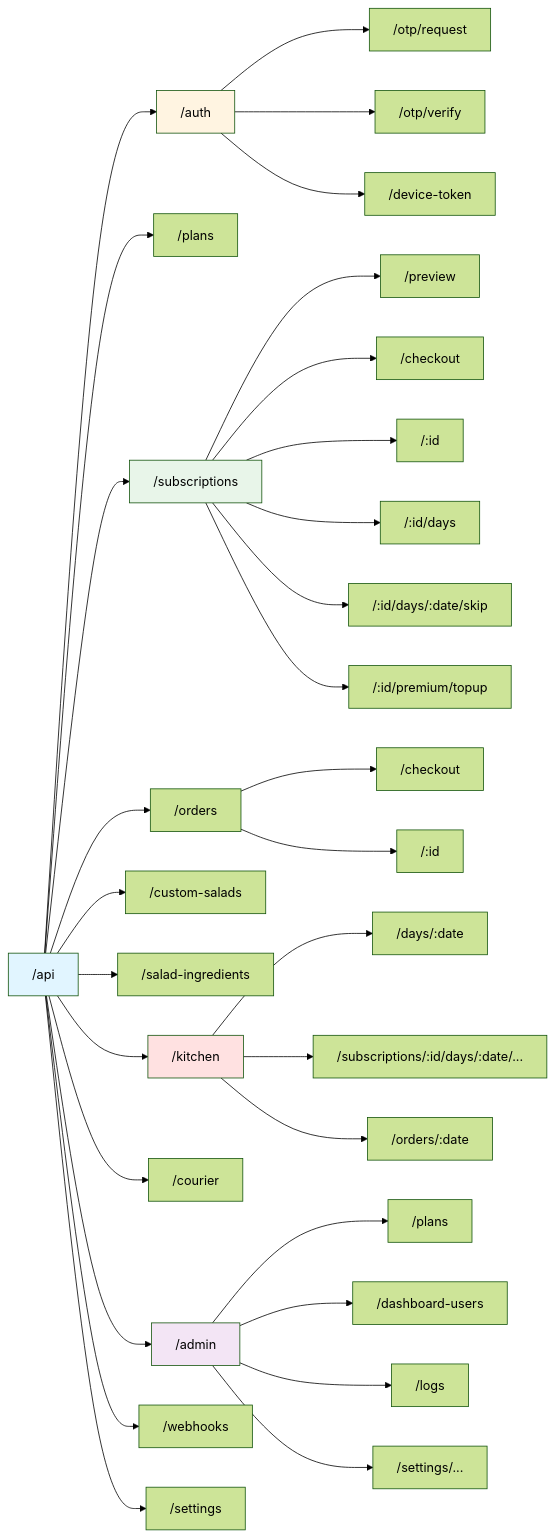
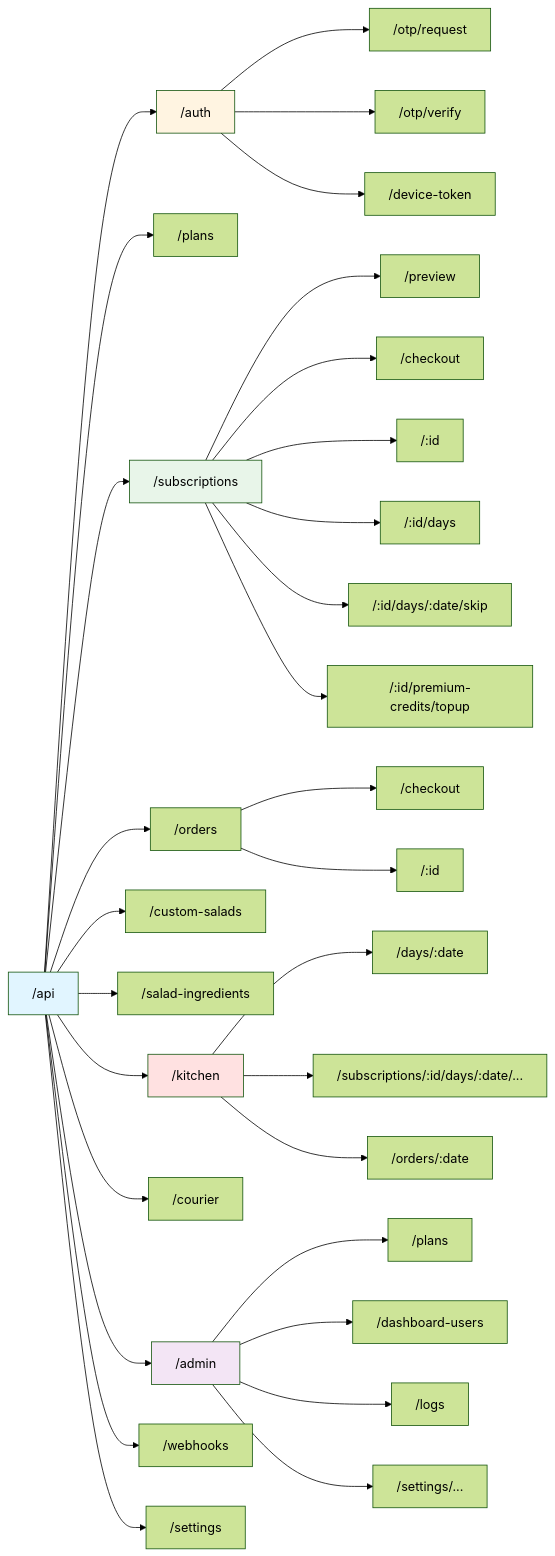
Before and after one commit to IbrahimMohamed101/basicdiet145: diagram 11 of 13 in Doc/ARCHITECTURE.md, drawn with Mermaid (forest theme). The commit also changed other lines of this file and 188 other files, not shown here.

````diff
--- a/Doc/ARCHITECTURE.md
+++ b/Doc/ARCHITECTURE.md
@@ -483,43 +483,43 @@
 ```mermaid
 graph LR
     Root["/api"] --> Auth["/auth"]
     Root --> Plans["/plans"]
     Root --> Subs["/subscriptions"]
     Root --> Orders["/orders"]
     Root --> Salads["/custom-salads"]
     Root --> Ingredients["/salad-ingredients"]
     Root --> Kitchen["/kitchen"]
     Root --> Courier["/courier"]
     Root --> Admin["/admin"]
     Root --> Webhooks["/webhooks"]
     Root --> Settings["/settings"]
     
     Auth --> OTPReq["/otp/request"]
     Auth --> OTPVer["/otp/verify"]
     Auth --> DevToken["/device-token"]
     
     Subs --> SubsPreview["/preview"]
     Subs --> SubsCheckout["/checkout"]
     Subs --> SubsDetail["/:id"]
     Subs --> SubsDays["/:id/days"]
     Subs --> SubsDaySkip["/:id/days/:date/skip"]
-    Subs --> SubsPremium["/:id/premium/topup"]
+    Subs --> SubsPremium["/:id/premium-credits/topup"]
     
     Orders --> OrdersCheckout["/checkout"]
     Orders --> OrdersDetail["/:id"]
     
     Kitchen --> KitchenDays["/days/:date"]
     Kitchen --> KitchenSubDays["/subscriptions/:id/days/:date/..."]
     Kitchen --> KitchenOrders["/orders/:date"]
     
     Admin --> AdminPlans["/plans"]
     Admin --> AdminUsers["/dashboard-users"]
     Admin --> AdminLogs["/logs"]
     Admin --> AdminSettings["/settings/..."]
     
     style Root fill:#e1f5ff
     style Auth fill:#fff4e1
     style Subs fill:#e8f5e9
     style Kitchen fill:#ffe1e1
     style Admin fill:#f3e5f5
 ```
````
